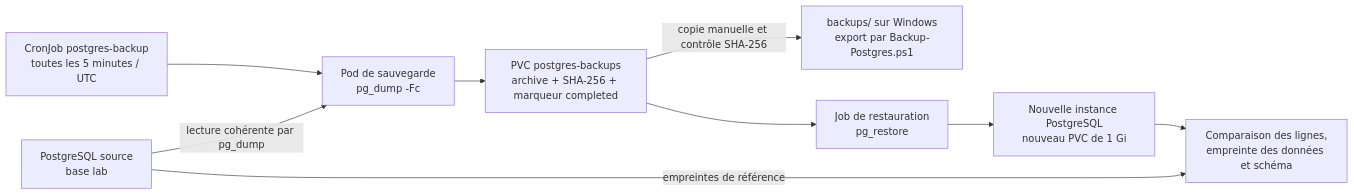
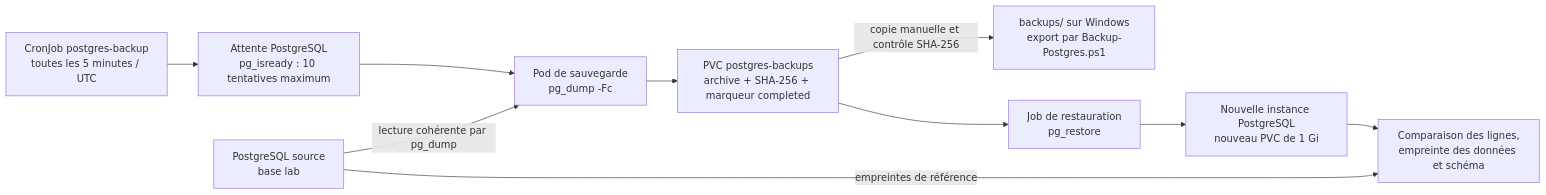
One commit to yazid9871/Devops-lab changed the fourth of 5 diagrams in docs/architecture.md. Above: the diagram before and after it, drawn with Mermaid. The commit also changed other lines of this file and 2 other files, not shown here.

Commit message:
Actualise l architecture avec les services deployes et sauvegardes robustes

````diff
--- a/docs/architecture.md
+++ b/docs/architecture.md
@@ -278,17 +279,18 @@
 ```mermaid
 flowchart LR
   CRON["CronJob postgres-backup<br/>toutes les 5 minutes / UTC"]
+  WAIT["Attente PostgreSQL<br/>pg_isready : 10 tentatives maximum"]
   JOB["Pod de sauvegarde<br/>pg_dump -Fc"]
   SRC["PostgreSQL source<br/>base lab"]
   ARCH["PVC postgres-backups<br/>archive + SHA-256 + marqueur completed"]
   WIN["backups/ sur Windows<br/>export par Backup-Postgres.ps1"]
   RJ["Job de restauration<br/>pg_restore"]
   DST["Nouvelle instance PostgreSQL<br/>nouveau PVC de 1 Gi"]
   CHECK["Comparaison des lignes,<br/>empreinte des données et schéma"]
-  CRON --> JOB
+  CRON --> WAIT --> JOB
   SRC -->|"lecture cohérente par pg_dump"| JOB
   JOB --> ARCH
   ARCH -->|"copie manuelle et contrôle SHA-256"| WIN
   ARCH --> RJ --> DST --> CHECK
   SRC -->|"empreintes de référence"| CHECK
 ```
````
